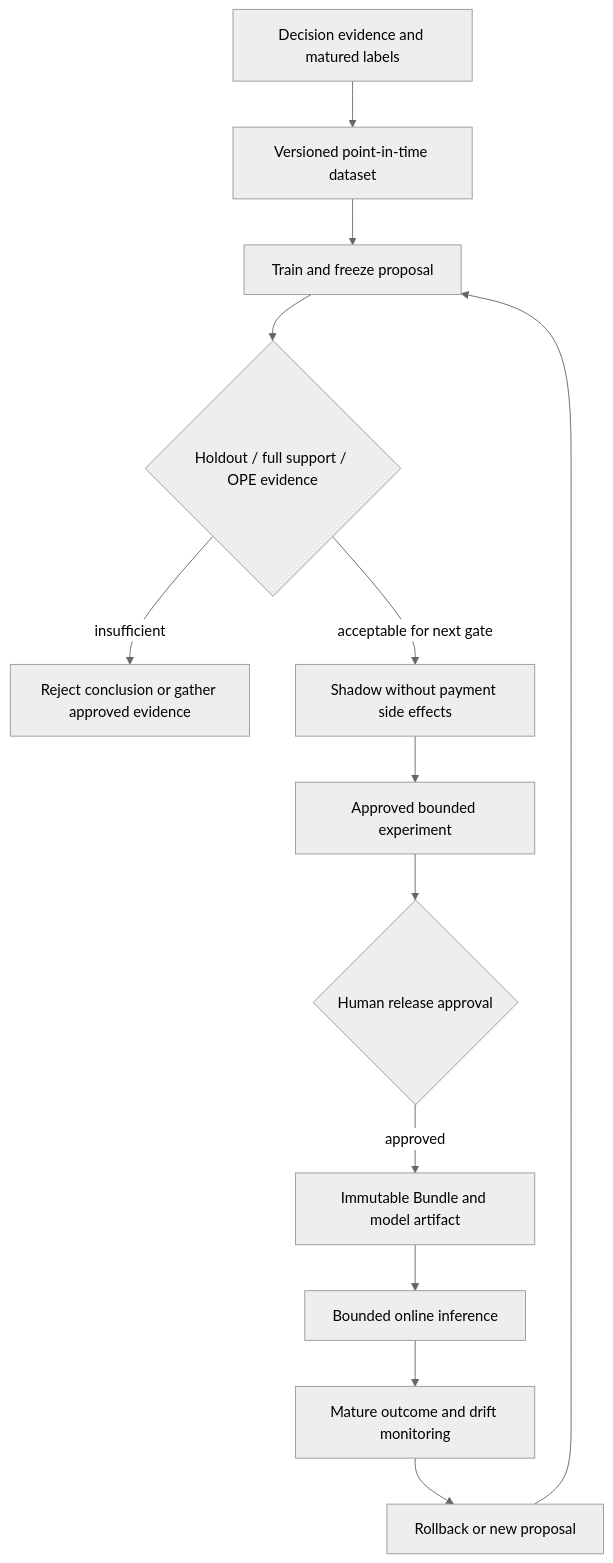
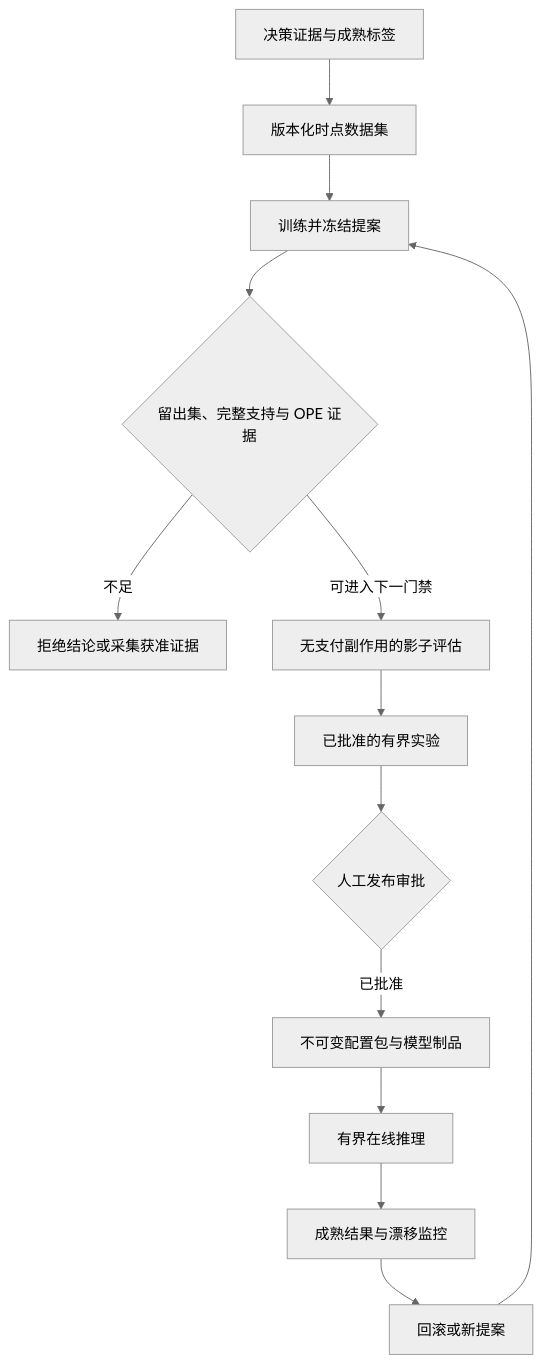
Before and after one commit to YouEclipse/Designing-Modern-Payment-Systems: the second of 3 diagrams in part-5-global-routing/intelligent-routing.md, drawn with Mermaid (neutral theme). The commit also changed other lines of this file and 59 other files, not shown here.

````diff
--- a/part-5-global-routing/intelligent-routing.md
+++ b/part-5-global-routing/intelligent-routing.md
@@ -250,15 +250,15 @@
 ```mermaid
 flowchart TD
-    L["Decision evidence and matured labels"] --> D["Versioned point-in-time dataset"]
-    D --> T["Train and freeze proposal"]
-    T --> O{"Holdout / full support / OPE evidence"}
-    O -->|"insufficient"| R["Reject conclusion or gather approved evidence"]
-    O -->|"acceptable for next gate"| S["Shadow without payment side effects"]
-    S --> E["Approved bounded experiment"]
-    E --> A{"Human release approval"}
-    A -->|"approved"| B["Immutable Bundle and model artifact"]
-    B --> I["Bounded online inference"]
-    I --> M["Mature outcome and drift monitoring"]
-    M --> P["Rollback or new proposal"]
+    L["决策证据与成熟标签"] --> D["版本化时点数据集"]
+    D --> T["训练并冻结提案"]
+    T --> O{"留出集、完整支持与 OPE 证据"}
+    O -->|"不足"| R["拒绝结论或采集获准证据"]
+    O -->|"可进入下一门禁"| S["无支付副作用的影子评估"]
+    S --> E["已批准的有界实验"]
+    E --> A{"人工发布审批"}
+    A -->|"已批准"| B["不可变配置包与模型制品"]
+    B --> I["有界在线推理"]
+    I --> M["成熟结果与漂移监控"]
+    M --> P["回滚或新提案"]
     P --> T
 ```
````
